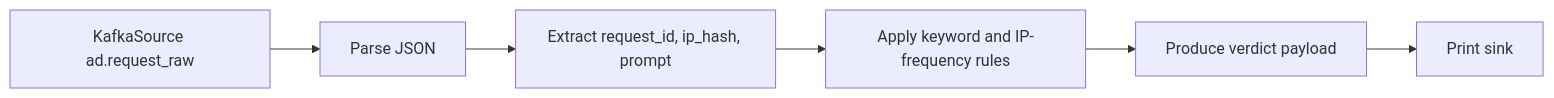
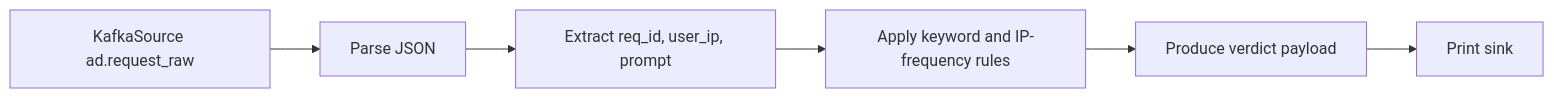
Before and after one commit to IamMistake/ai-ad-request-safety-pipeline: the diagram in docs/flink_processing.md, drawn with Mermaid. The commit also changed other lines of this file and 7 other files, not shown here.

````diff
--- a/docs/flink_processing.md
+++ b/docs/flink_processing.md
@@ -17,8 +17,8 @@
 ```mermaid
 flowchart LR
     A[KafkaSource ad.request_raw] --> B[Parse JSON]
-    B --> C[Extract request_id, ip_hash, prompt]
+    B --> C[Extract req_id, user_ip, prompt]
     C --> D[Apply keyword and IP-frequency rules]
     D --> E[Produce verdict payload]
     E --> F[Print sink]
 ```
````
